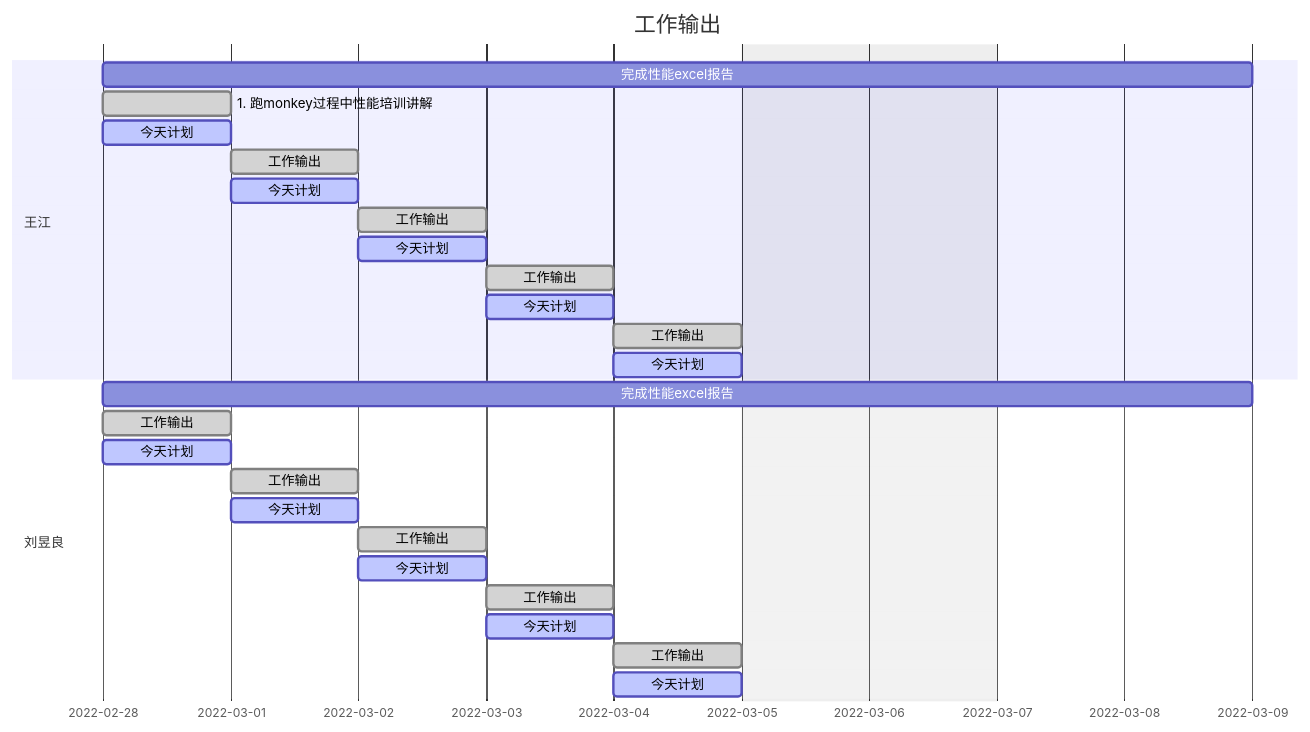
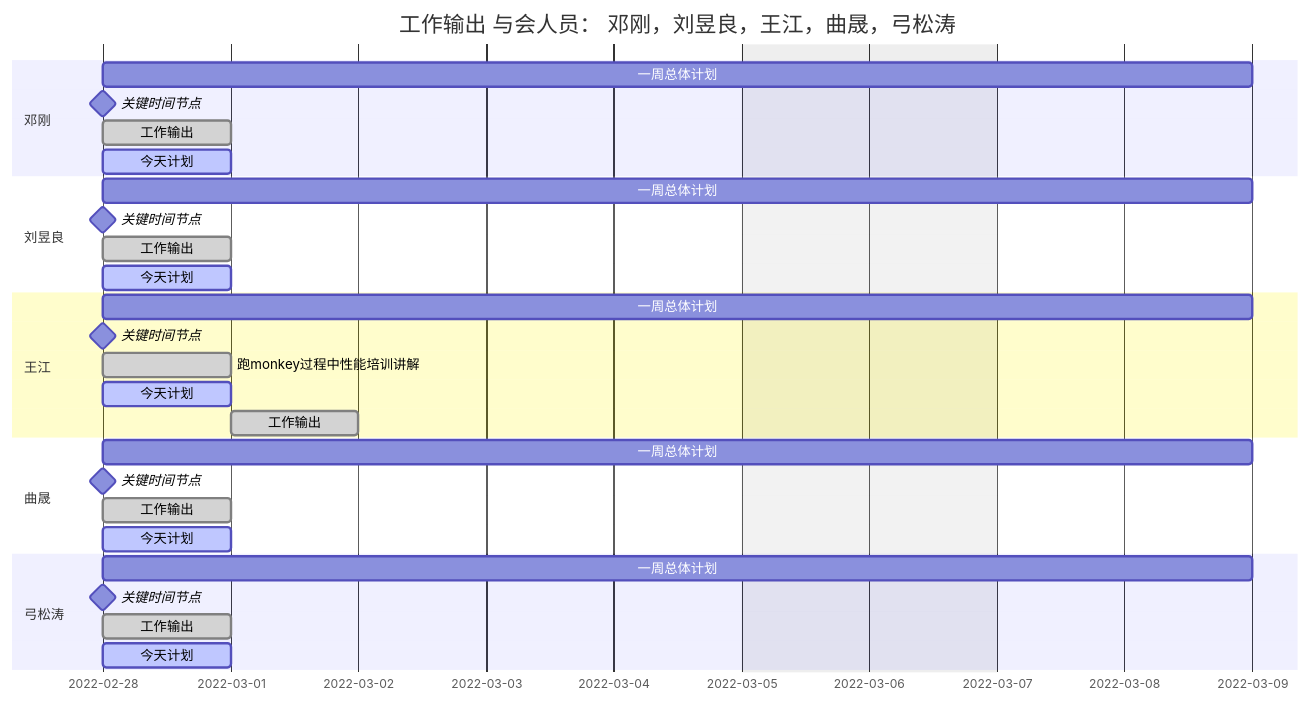
The diagram in README.md (DC-Melo/README), drawn with Mermaid before and after one commit.

````diff
--- a/README.md
+++ b/README.md
@@ -74,32 +74,38 @@
 ```mermaid
 gantt
-    title 工作输出 
+    title 工作输出 与会人员： 邓刚，刘昱良，王江，曲晟，弓松涛
     dateFormat  YYYY-MM-DD
     excludes    weekends
 
+    section 邓刚
+    一周总体计划               : weekplan  , 2022-02-28 , 1w
+    关键时间节点               : milestone  , 2022-02-28 , 0d
+    工作输出                   : done,   monf  , 2022-02-28 , 1d
+    今天计划                   : active, monp  , 2022-02-28 , 1d
+
+    section 刘昱良
+    一周总体计划               : weekplan  , 2022-02-28 , 1w
+    关键时间节点               : milestone  , 2022-02-28 , 0d
+    工作输出                   : done,   monf  , 2022-02-28 , 1d
+    今天计划                   : active, monp  , 2022-02-28 , 1d
+
     section 王江
-    完成性能excel报告  : weekplan  , 2022-02-28 , 1w
-    1. 跑monkey过程中性能培训讲解        : done,   monf  , 2022-02-28 , 1d
-    今天计划       : active, monp  , 2022-02-28 , 1d
-    工作输出       : done,   Tuef  , 2022-03-01 , 1d
-    今天计划       : active, Tuep  , 2022-03-01 , 1d
-    工作输出       : done,   Wedf  , 2022-03-02 , 1d
-    今天计划       : active, Wedp  , 2022-03-02 , 1d
-    工作输出       : done,   Thuf  , 2022-03-03 , 1d
-    今天计划       : active, Thup  , 2022-03-03 , 1d
-    工作输出       : done,   Frif  , 2022-03-04 , 1d
-    今天计划       : active, Frip  , 2022-03-04 , 1d
-    section 刘昱良
-    完成性能excel报告  : weekplan  , 2022-02-28 , 1w
-    工作输出       : done,   monf  , 2022-02-28 , 1d
-    今天计划       : active, monp  , 2022-02-28 , 1d
-    工作输出       : done,   Tuef  , 2022-03-01 , 1d
-    今天计划       : active, Tuep  , 2022-03-01 , 1d
-    工作输出       : done,   Wedf  , 2022-03-02 , 1d
-    今天计划       : active, Wedp  , 2022-03-02 , 1d
-    工作输出       : done,   Thuf  , 2022-03-03 , 1d
-    今天计划       : active, Thup  , 2022-03-03 , 1d
-    工作输出       : done,   Frif  , 2022-03-04 , 1d
-    今天计划       : active, Frip  , 2022-03-04 , 1d
+    一周总体计划               : weekplan  , 2022-02-28 , 1w
+    关键时间节点               : milestone  , 2022-02-28 , 0d
+    跑monkey过程中性能培训讲解 : done,   monf  , 2022-02-28 , 1d
+    今天计划                   : active, monp  , 2022-02-28 , 1d
+    工作输出                   : done,   Tuef  , 2022-03-01 , 1d
+
+    section 曲晟
+    一周总体计划               : weekplan  , 2022-02-28 , 1w
+    关键时间节点               : milestone  , 2022-02-28 , 0d
+    工作输出                   : done,   monf  , 2022-02-28 , 1d
+    今天计划                   : active, monp  , 2022-02-28 , 1d
+
+    section 弓松涛
+    一周总体计划               : weekplan  , 2022-02-28 , 1w
+    关键时间节点               : milestone  , 2022-02-28 , 0d
+    工作输出                   : done,   monf  , 2022-02-28 , 1d
+    今天计划                   : active, monp  , 2022-02-28 , 1d
 
 ```
````
